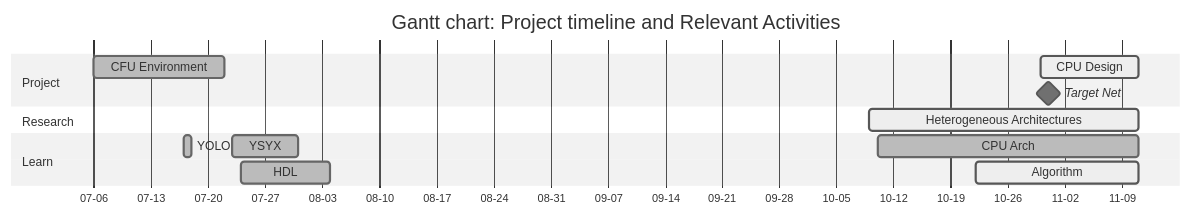
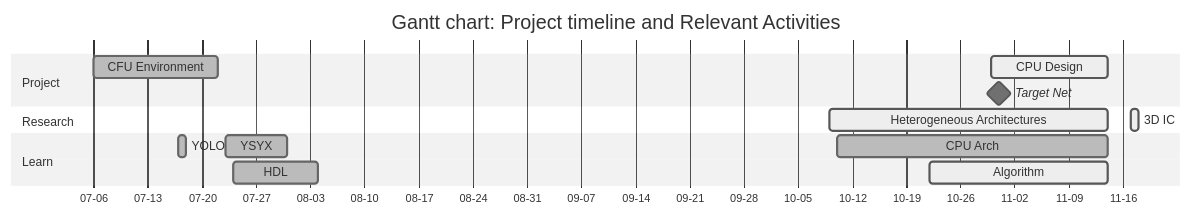
One commit to Marcobisky/Marcobisky.github.io changed the first of 2 diagrams in tinyml/index.qmd. Above: the diagram before and after it, drawn with Mermaid (neutral theme). The commit also changed other lines of this file and 2 other files, not shown here.

Commit message:
Update TinyML logs

````diff
--- a/tinyml/index.qmd
+++ b/tinyml/index.qmd
@@ -48,31 +48,32 @@
 ```{mermaid}
 ---
 displayMode: compact
 ---
 %%| label: fig-timeline
 %%| fig-cap: "Gantt Chart"
 %%| fig-width: 10
 %%| fig-height: 6
 
 gantt
     title Gantt chart: Project timeline and Relevant Activities
     dateFormat  YYYY-MM-DD
     axisFormat  %m-%d
     tickInterval 14d
 
     section Project
         CFU Environment :done, 2025-07-06, 2025-07-22
         Target Net :milestone, 2025-10-31, 0d
-        CPU Design :active, 2025-10-30, 2025-11-11
+        CPU Design :active, 2025-10-30, 2025-11-14
 
     section Research
-        Heterogeneous Architectures :active, 2025-10-09, 2025-11-11
+        Heterogeneous Architectures :active, 2025-10-09, 2025-11-14
+        3D IC :active, 2025-11-17, 2025-11-18
 
     section Learn
         YSYX :done, 2025-07-23, 2025-07-31
         HDL :done, 2025-07-24, 2025-08-04
         YOLO :done, 2025-07-17, 1d
-        CPU Arch :done, 2025-10-10, 2025-11-11
-        Algorithm :active, 2025-10-22, 2025-11-11
+        CPU Arch :done, 2025-10-10, 2025-11-14
+        Algorithm :active, 2025-10-22, 2025-11-14
 
 ```
````
